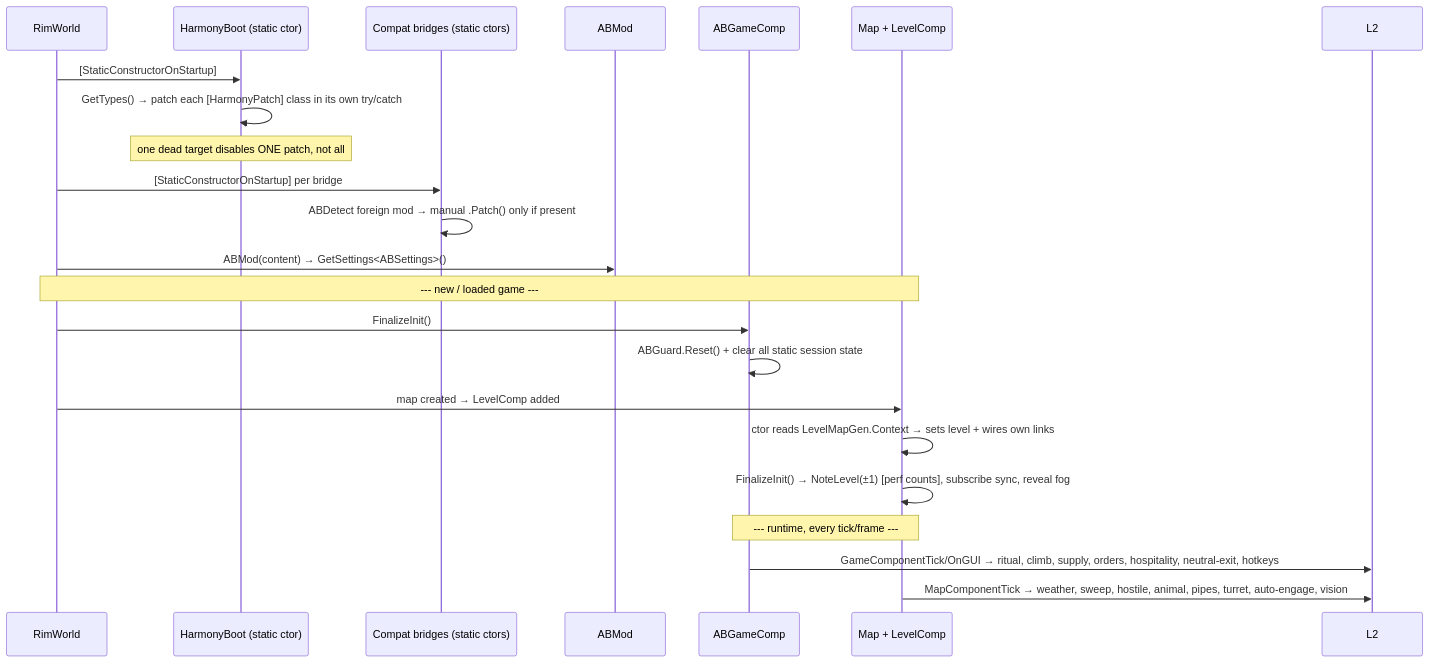
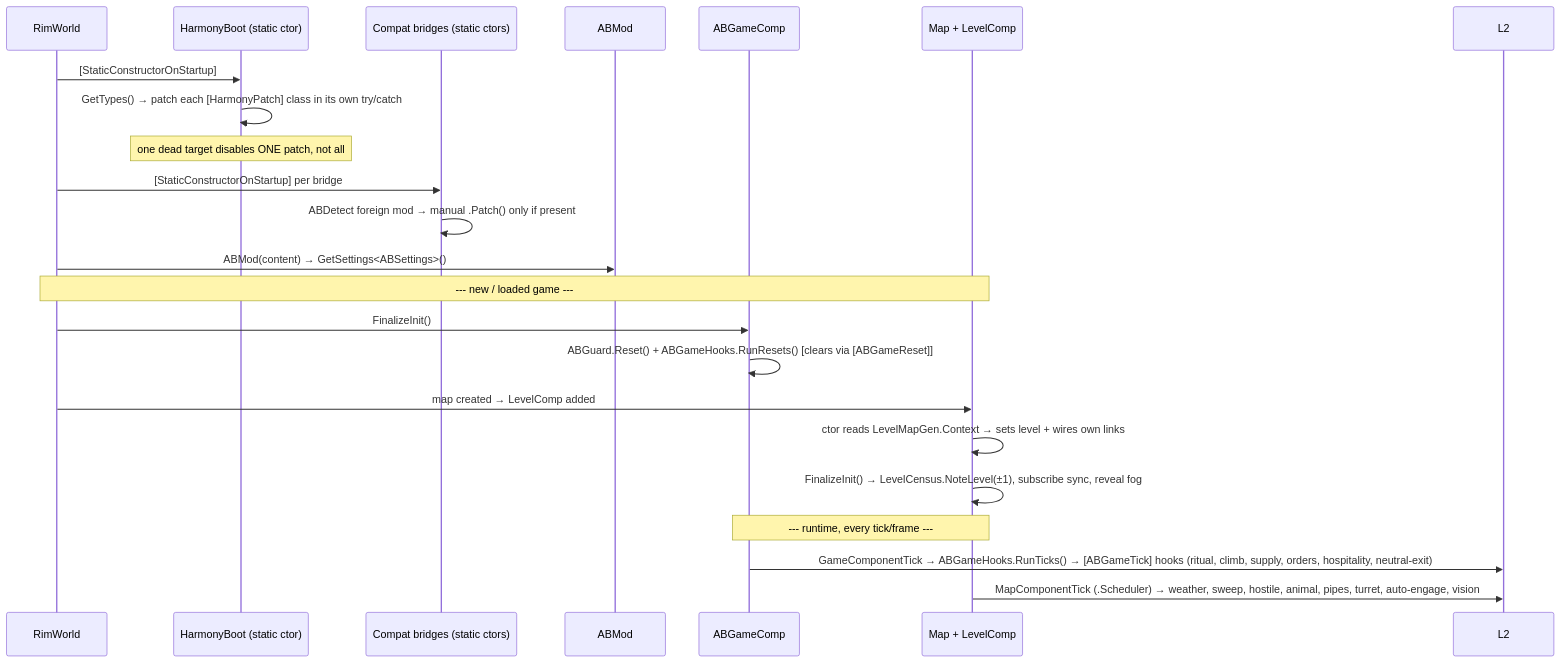
The second of 3 diagrams in ARCHITECTURE.md (Astryls/As-above-So-below), drawn with Mermaid before and after one commit. The commit also changed other lines of this file and 1 other file, not shown here.

````diff
--- a/ARCHITECTURE.md
+++ b/ARCHITECTURE.md
@@ -146,27 +153,27 @@
 ```mermaid
 sequenceDiagram
     participant RW as RimWorld
     participant Boot as HarmonyBoot (static ctor)
     participant Compat as Compat bridges (static ctors)
     participant Mod as ABMod
     participant GC as ABGameComp
     participant Map as Map + LevelComp
 
     RW->>Boot: [StaticConstructorOnStartup]
     Boot->>Boot: GetTypes() → patch each [HarmonyPatch] class in its own try/catch
     Note over Boot: one dead target disables ONE patch, not all
     RW->>Compat: [StaticConstructorOnStartup] per bridge
     Compat->>Compat: ABDetect foreign mod → manual .Patch() only if present
     RW->>Mod: ABMod(content) → GetSettings<ABSettings>()
 
     Note over RW,Map: --- new / loaded game ---
     RW->>GC: FinalizeInit()
-    GC->>GC: ABGuard.Reset() + clear all static session state
+    GC->>GC: ABGuard.Reset() + ABGameHooks.RunResets() [clears via [ABGameReset]]
     RW->>Map: map created → LevelComp added
     Map->>Map: ctor reads LevelMapGen.Context → sets level + wires own links
-    Map->>Map: FinalizeInit() → NoteLevel(±1) [perf counts], subscribe sync, reveal fog
+    Map->>Map: FinalizeInit() → LevelCensus.NoteLevel(±1), subscribe sync, reveal fog
 
     Note over GC,Map: --- runtime, every tick/frame ---
-    GC->>L2: GameComponentTick/OnGUI → ritual, climb, supply, orders, hospitality, neutral-exit, hotkeys
-    Map->>L2: MapComponentTick → weather, sweep, hostile, animal, pipes, turret, auto-engage, vision
+    GC->>L2: GameComponentTick → ABGameHooks.RunTicks() → [ABGameTick] hooks (ritual, climb, supply, orders, hospitality, neutral-exit)
+    Map->>L2: MapComponentTick (.Scheduler) → weather, sweep, hostile, animal, pipes, turret, auto-engage, vision
 ```
````
